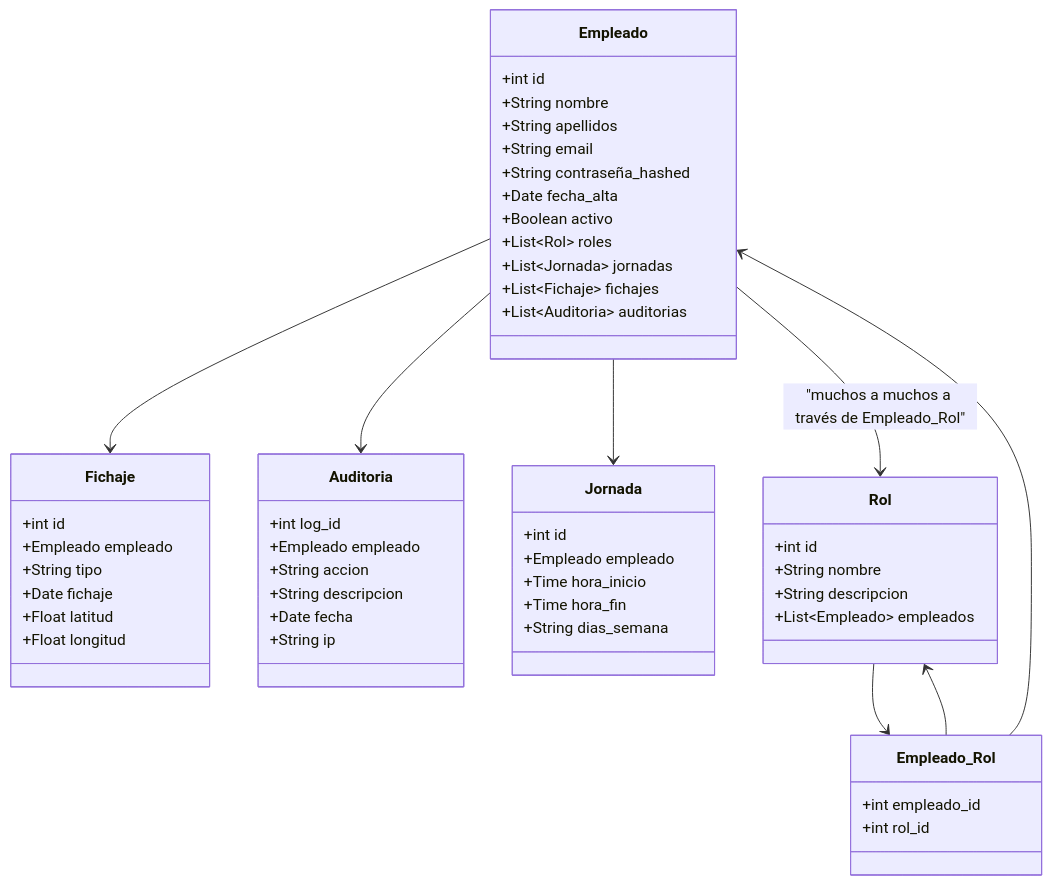
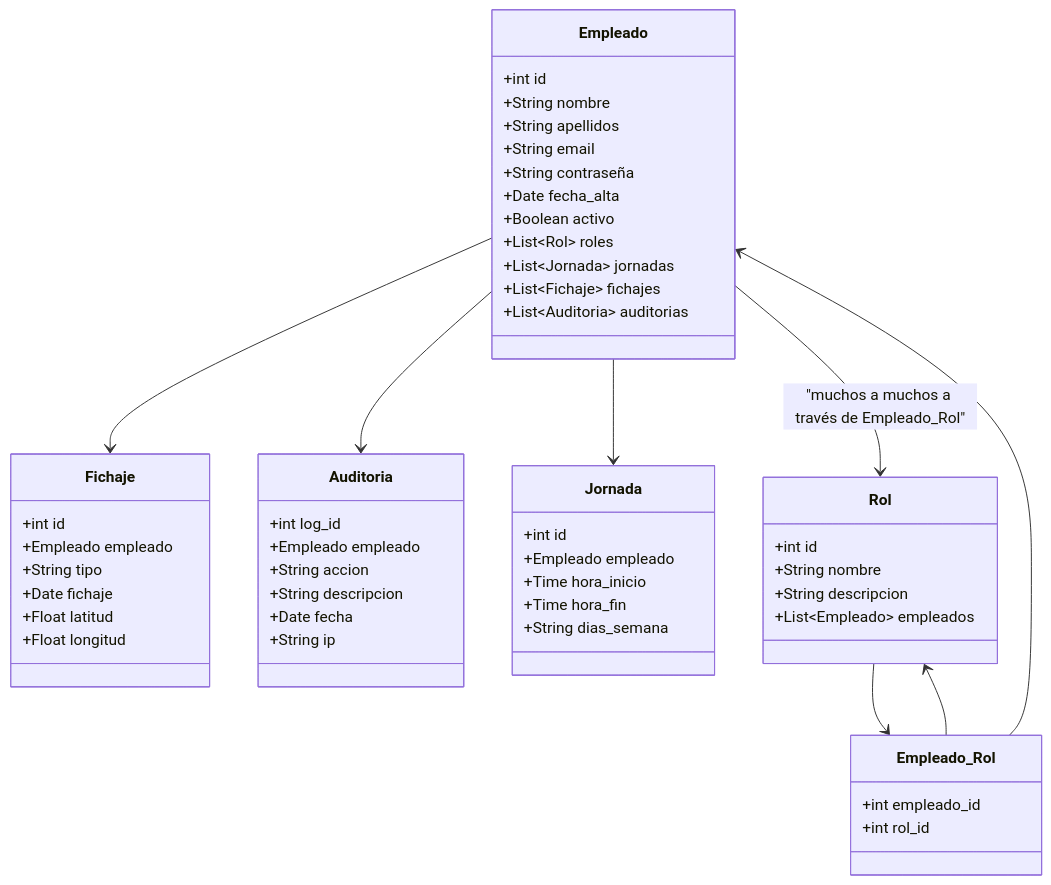
The first of 8 diagrams in README.md (danielbolamartinez/Work-O-Clock-2.0), drawn with Mermaid before and after one commit. The commit also changed other lines of this file and 4 other files, not shown here.

````diff
--- a/README.md
+++ b/README.md
@@ -57,63 +57,63 @@
 ```mermaid
 classDiagram
 class Empleado {
     +int id
     +String nombre
     +String apellidos
     +String email
-    +String contraseña_hashed
+    +String contraseña
     +Date fecha_alta
     +Boolean activo
     +List~Rol~ roles
     +List~Jornada~ jornadas
     +List~Fichaje~ fichajes
     +List~Auditoria~ auditorias
 }
 
 class Rol {
     +int id
     +String nombre
     +String descripcion
     +List~Empleado~ empleados
 }
 
 class Empleado_Rol {
     +int empleado_id
     +int rol_id
 }
 
 class Jornada {
     +int id
     +Empleado empleado
     +Time hora_inicio
     +Time hora_fin
     +String dias_semana
 }
 
 class Fichaje {
     +int id
     +Empleado empleado
     +String tipo
     +Date fichaje
     +Float latitud
     +Float longitud
 }
 
 class Auditoria {
     +int log_id
     +Empleado empleado
     +String accion
     +String descripcion
     +Date fecha
     +String ip
 }
 
 Empleado --> Fichaje
 Empleado --> Auditoria
 Empleado --> Jornada
 Empleado --> Rol : "muchos a muchos a través de Empleado_Rol"
 Rol --> Empleado_Rol
 Empleado_Rol --> Empleado
 Empleado_Rol --> Rol
 
 ```
````
